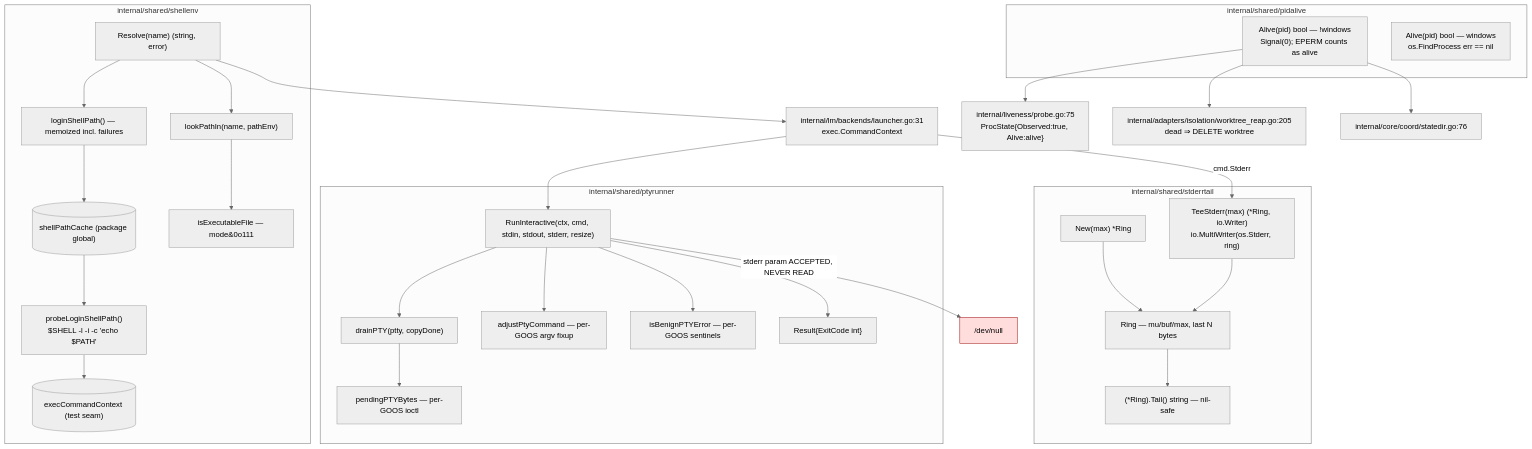
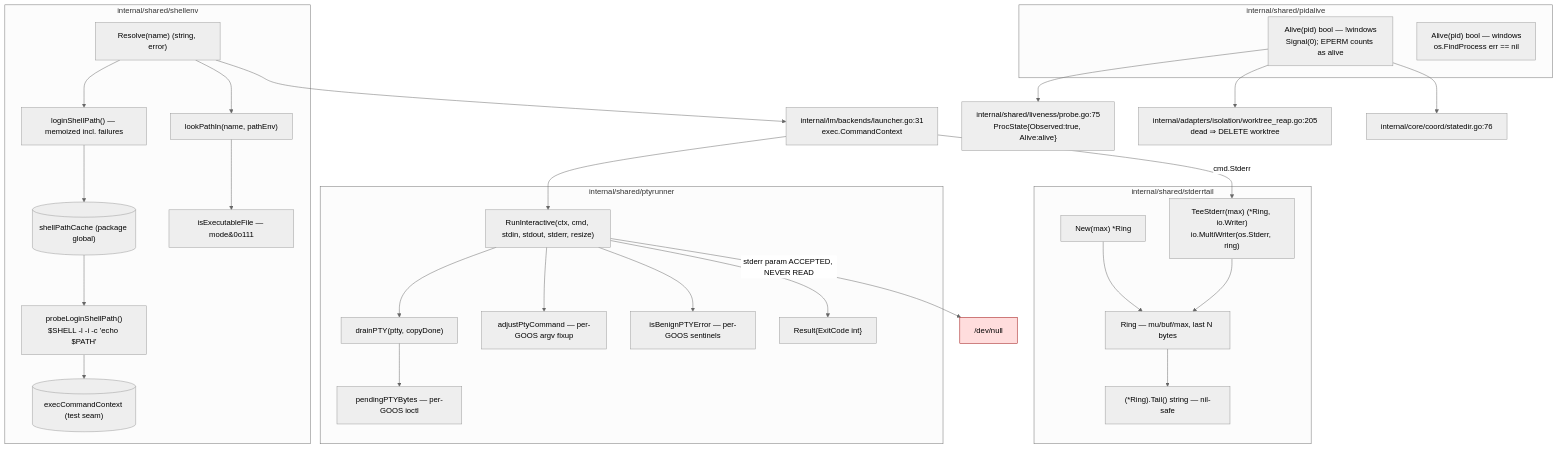
The diagram in docs/architecture/shared/process-execution.md (ctxloom/ctxloom), drawn with Mermaid (neutral theme) before and after one commit. The commit also changed other lines of this file and 235 other files, not shown here.

First line of the commit message:
refactor(arch): move the toolbox leaves into internal/shared

````diff
--- a/docs/architecture/shared/process-execution.md
+++ b/docs/architecture/shared/process-execution.md
@@ -7,54 +7,54 @@
 ```mermaid
 flowchart TD
   LAUNCH["internal/lm/backends/launcher.go:31<br/>exec.CommandContext"]
 
   subgraph se["internal/shared/shellenv"]
     R["Resolve(name) (string, error)"]
     LSP["loginShellPath() — memoized incl. failures"]
     PLSP["probeLoginShellPath()<br/>$SHELL -l -i -c 'echo $PATH'"]
     LPI["lookPathIn(name, pathEnv)"]
     IEF["isExecutableFile — mode&0o111"]
     CACHE[("shellPathCache (package global)")]
     SEAM[("execCommandContext (test seam)")]
     R --> LSP --> CACHE
     CACHE --> PLSP --> SEAM
     R --> LPI --> IEF
   end
 
   subgraph pr["internal/shared/ptyrunner"]
     RI["RunInteractive(ctx, cmd, stdin, stdout, stderr, resize)"]
     DR["drainPTY(ptty, copyDone)"]
     RES["Result{ExitCode int}"]
     PPB["pendingPTYBytes — per-GOOS ioctl"]
     IBE["isBenignPTYError — per-GOOS sentinels"]
     APC["adjustPtyCommand — per-GOOS argv fixup"]
     RI --> DR --> PPB
     RI --> APC
     RI --> IBE
     RI --> RES
   end
 
   subgraph st["internal/shared/stderrtail"]
     RING["Ring — mu/buf/max, last N bytes"]
     NEWR["New(max) *Ring"]
     TEE["TeeStderr(max) (*Ring, io.Writer)<br/>io.MultiWriter(os.Stderr, ring)"]
     TAIL["(*Ring).Tail() string — nil-safe"]
     NEWR --> RING
     TEE --> RING
     RING --> TAIL
   end
 
   subgraph pa["internal/shared/pidalive"]
     AU["Alive(pid) bool — !windows<br/>Signal(0); EPERM counts as alive"]
     AW["Alive(pid) bool — windows<br/>os.FindProcess err == nil"]
   end
 
   R --> LAUNCH --> RI
   LAUNCH -->|"cmd.Stderr"| TEE
   RI -->|"stderr param ACCEPTED, NEVER READ"| VOID["/dev/null"]
-  AU --> LIVE["internal/liveness/probe.go:75<br/>ProcState{Observed:true, Alive:alive}"]
+  AU --> LIVE["internal/shared/liveness/probe.go:75<br/>ProcState{Observed:true, Alive:alive}"]
   AU --> REAP["internal/adapters/isolation/worktree_reap.go:205<br/>dead ⇒ DELETE worktree"]
   AU --> SD["internal/core/coord/statedir.go:76"]
 
   style VOID fill:#fdd,stroke:#900
 ```
````
